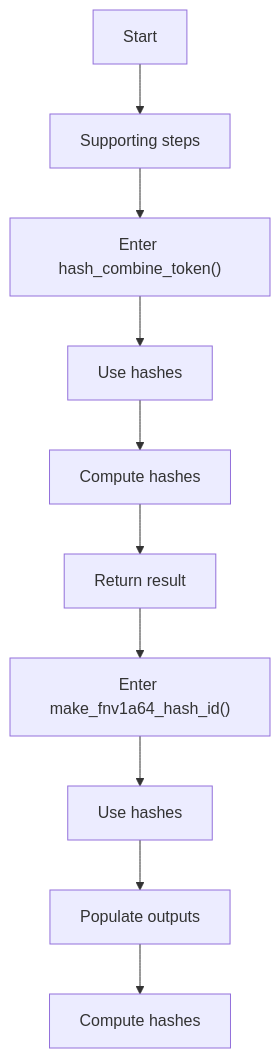
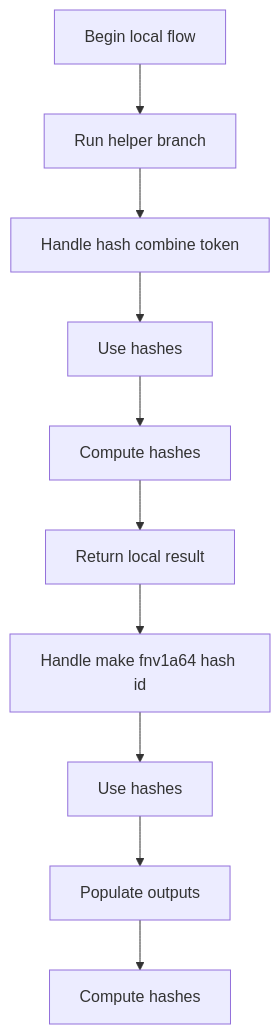
One commit to JohnAndrewBalbarosa/NeoTerritory changed the first of 7 diagrams in docs/Codebase/Microservice/Modules/Source/HashingMechanism/ReverseMerkle/Flow/hash_program_flow.cpp.md. Above: the diagram before and after it, drawn with Mermaid. The commit also changed other lines of this file and 915 other files, not shown here.

````diff
--- a/docs/Codebase/Microservice/Modules/Source/HashingMechanism/ReverseMerkle/Flow/hash_program_flow.cpp.md
+++ b/docs/Codebase/Microservice/Modules/Source/HashingMechanism/ReverseMerkle/Flow/hash_program_flow.cpp.md
@@ -15,22 +15,22 @@
 ```mermaid
 flowchart TD
-    N0["Start"]
-    N1["Supporting steps"]
-    N2["Enter hash_combine_token()"]
+    N0["Begin local flow"]
+    N1["Run helper branch"]
+    N2["Handle hash combine token"]
     N3["Use hashes"]
     N4["Compute hashes"]
-    N5["Return result"]
-    N6["Enter make_fnv1a64_hash_id()"]
+    N5["Return local result"]
+    N6["Handle make fnv1a64 hash id"]
     N7["Use hashes"]
     N8["Populate outputs"]
     N9["Compute hashes"]
     N0 --> N1
     N1 --> N2
     N2 --> N3
     N3 --> N4
     N4 --> N5
     N5 --> N6
     N6 --> N7
     N7 --> N8
     N8 --> N9
 ```
````
